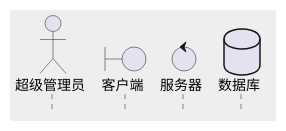
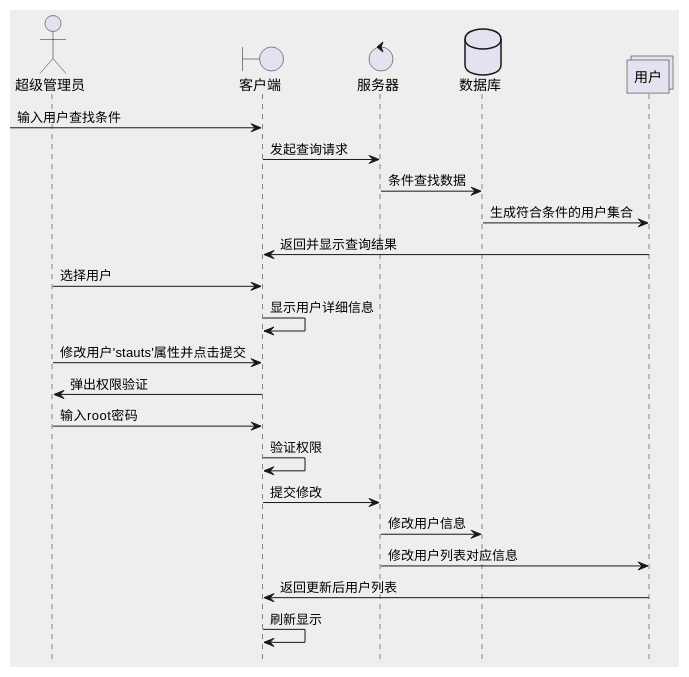
The tenth of 11 diagrams in test4/uaseCase.pu (201610414130/is_analysis-4), drawn with PlantUML before and after one commit. The commit also changed other lines of this file and 2 other files, not shown here.

```diff
--- a/test4/uaseCase.pu
+++ b/test4/uaseCase.pu
@@ -277,9 +277,25 @@
 @startuml 系统管理
 skinparam backgroundColor #eee
 hide footbox
 actor 超级管理员
 boundary 客户端
 control 服务器
 database 数据库
-
+collections 用户
+->客户端: 输入用户查找条件
+客户端->服务器: 发起查询请求
+服务器->数据库: 条件查找数据
+数据库->用户: 生成符合条件的用户集合
+用户->客户端: 返回并显示查询结果
+超级管理员->客户端: 选择用户
+客户端->客户端: 显示用户详细信息
+超级管理员->客户端: 修改用户'stauts'属性并点击提交
+客户端->超级管理员: 弹出权限验证
+超级管理员->客户端: 输入root密码
+客户端->客户端: 验证权限
+客户端-> 服务器: 提交修改
+服务器->数据库: 修改用户信息
+服务器->用户: 修改用户列表对应信息
+用户->客户端: 返回更新后用户列表
+客户端->客户端: 刷新显示
 @enduml
```
